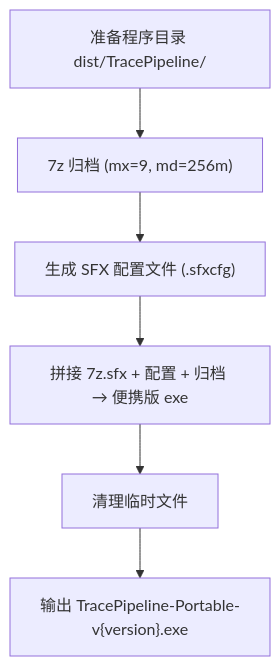
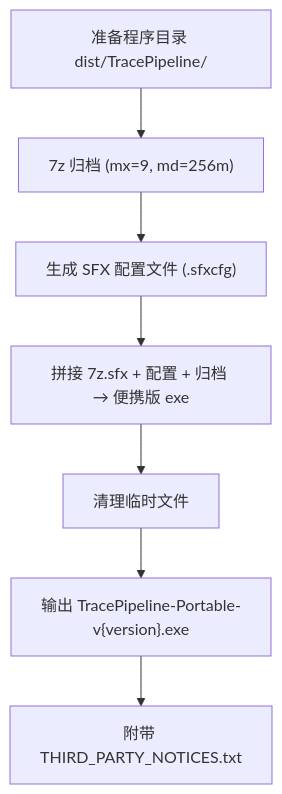
Before and after one commit to zylyes/TracePipeline: the eighth of 10 diagrams in .qoder/repowiki/zh/content/高级主题/打包分发.md, drawn with Mermaid. The commit also changed other lines of this file and 20 other files, not shown here.

````diff
--- a/.qoder/repowiki/zh/content/高级主题/打包分发.md
+++ b/.qoder/repowiki/zh/content/高级主题/打包分发.md
@@ -310,8 +399,9 @@
 ```mermaid
 flowchart TD
 A["准备程序目录 dist/TracePipeline/"] --> B["7z 归档 (mx=9, md=256m)"]
 B --> C["生成 SFX 配置文件 (.sfxcfg)"]
 C --> D["拼接 7z.sfx + 配置 + 归档 → 便携版 exe"]
 D --> E["清理临时文件"]
 E --> F["输出 TracePipeline-Portable-v{version}.exe"]
+F --> G["附带 THIRD_PARTY_NOTICES.txt"]
 ```
````
